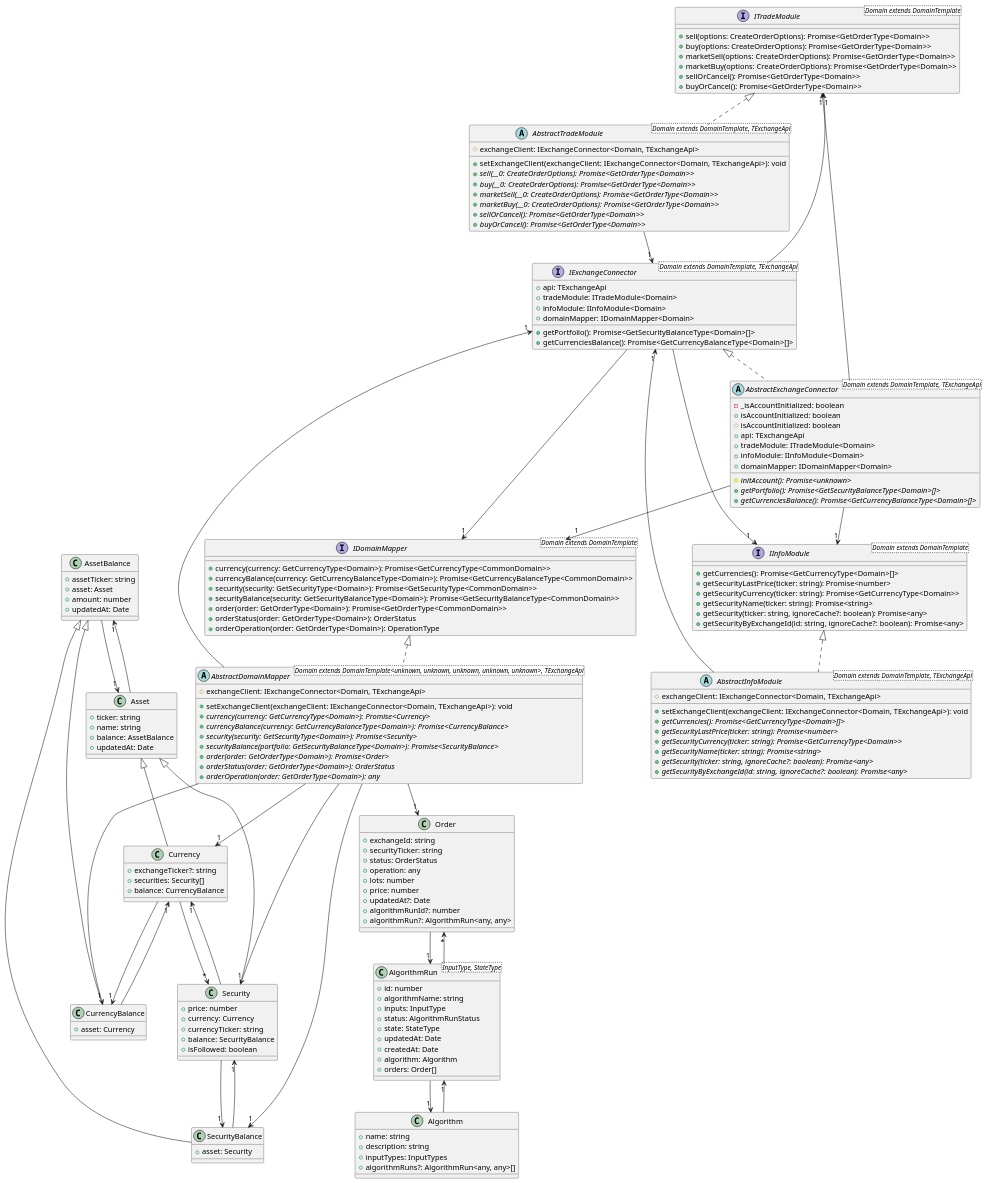
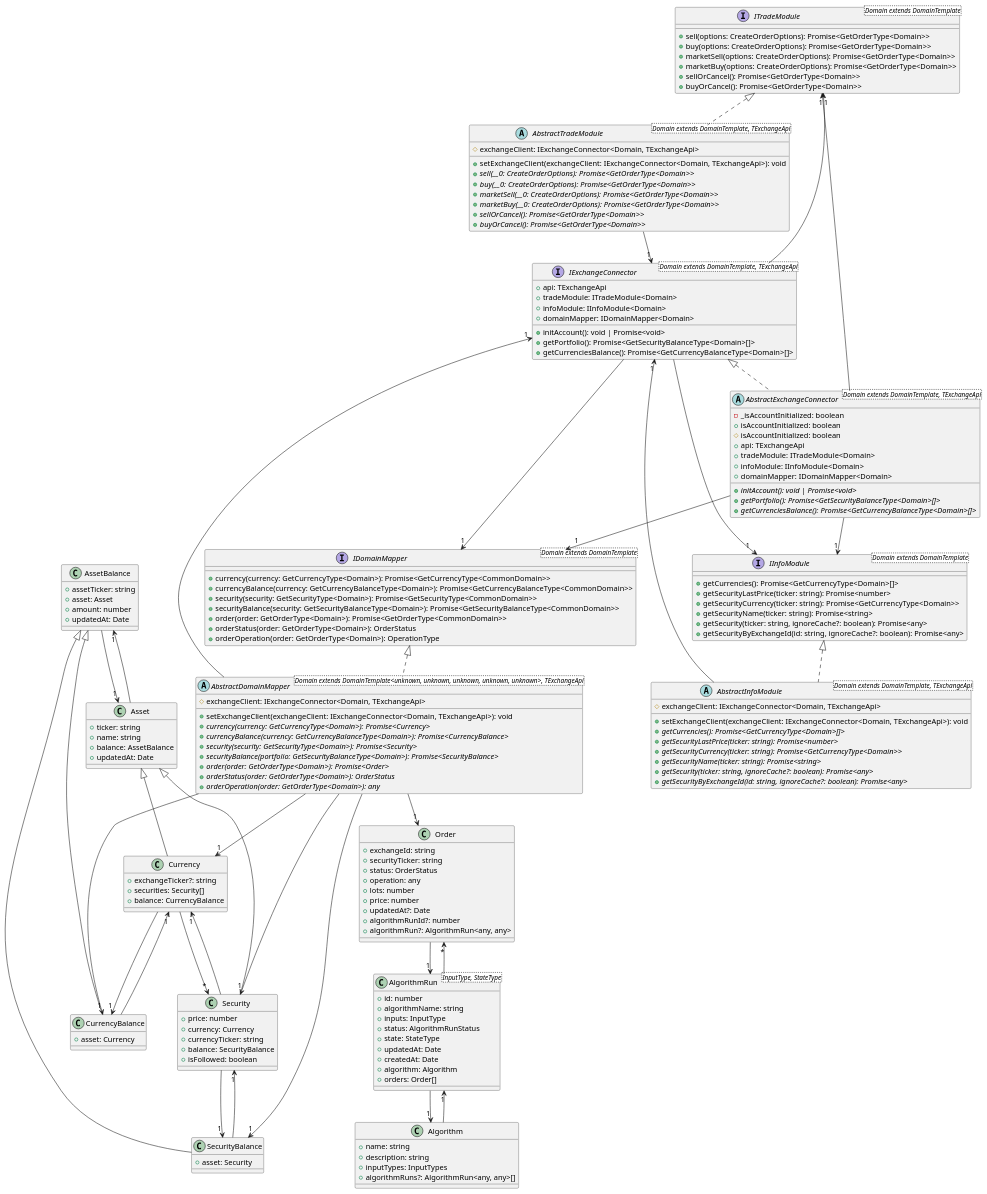
Before and after one commit to d0rich/tradeb0t: the diagram in .docs/public/diagrams/domain.puml, drawn with PlantUML. The commit also changed 22 other files, not shown here.

```diff
--- a/.docs/public/diagrams/domain.puml
+++ b/.docs/public/diagrams/domain.puml
@@ -1,162 +1,163 @@
 @startuml
 interface ITradeModule<Domain extends DomainTemplate> {
     +sell(options: CreateOrderOptions): Promise<GetOrderType<Domain>>
     +buy(options: CreateOrderOptions): Promise<GetOrderType<Domain>>
     +marketSell(options: CreateOrderOptions): Promise<GetOrderType<Domain>>
     +marketBuy(options: CreateOrderOptions): Promise<GetOrderType<Domain>>
     +sellOrCancel(): Promise<GetOrderType<Domain>>
     +buyOrCancel(): Promise<GetOrderType<Domain>>
 }
 interface IInfoModule<Domain extends DomainTemplate> {
     +getCurrencies(): Promise<GetCurrencyType<Domain>[]>
     +getSecurityLastPrice(ticker: string): Promise<number>
     +getSecurityCurrency(ticker: string): Promise<GetCurrencyType<Domain>>
     +getSecurityName(ticker: string): Promise<string>
     +getSecurity(ticker: string, ignoreCache?: boolean): Promise<any>
     +getSecurityByExchangeId(id: string, ignoreCache?: boolean): Promise<any>
 }
 interface IExchangeConnector<Domain extends DomainTemplate, TExchangeApi> {
     +api: TExchangeApi
     +tradeModule: ITradeModule<Domain>
     +infoModule: IInfoModule<Domain>
     +domainMapper: IDomainMapper<Domain>
+    +initAccount(): void | Promise<void>
     +getPortfolio(): Promise<GetSecurityBalanceType<Domain>[]>
     +getCurrenciesBalance(): Promise<GetCurrencyBalanceType<Domain>[]>
 }
 abstract class AbstractTradeModule<Domain extends DomainTemplate, TExchangeApi> implements ITradeModule {
     #exchangeClient: IExchangeConnector<Domain, TExchangeApi>
     +setExchangeClient(exchangeClient: IExchangeConnector<Domain, TExchangeApi>): void
     +{abstract} sell(__0: CreateOrderOptions): Promise<GetOrderType<Domain>>
     +{abstract} buy(__0: CreateOrderOptions): Promise<GetOrderType<Domain>>
     +{abstract} marketSell(__0: CreateOrderOptions): Promise<GetOrderType<Domain>>
     +{abstract} marketBuy(__0: CreateOrderOptions): Promise<GetOrderType<Domain>>
     +{abstract} sellOrCancel(): Promise<GetOrderType<Domain>>
     +{abstract} buyOrCancel(): Promise<GetOrderType<Domain>>
 }
 abstract class AbstractInfoModule<Domain extends DomainTemplate, TExchangeApi> implements IInfoModule {
     #exchangeClient: IExchangeConnector<Domain, TExchangeApi>
     +setExchangeClient(exchangeClient: IExchangeConnector<Domain, TExchangeApi>): void
     +{abstract} getCurrencies(): Promise<GetCurrencyType<Domain>[]>
     +{abstract} getSecurityLastPrice(ticker: string): Promise<number>
     +{abstract} getSecurityCurrency(ticker: string): Promise<GetCurrencyType<Domain>>
     +{abstract} getSecurityName(ticker: string): Promise<string>
     +{abstract} getSecurity(ticker: string, ignoreCache?: boolean): Promise<any>
     +{abstract} getSecurityByExchangeId(id: string, ignoreCache?: boolean): Promise<any>
 }
 abstract class AbstractExchangeConnector<Domain extends DomainTemplate, TExchangeApi> implements IExchangeConnector {
     -_isAccountInitialized: boolean
     +isAccountInitialized: boolean
     #isAccountInitialized: boolean
     +api: TExchangeApi
     +tradeModule: ITradeModule<Domain>
     +infoModule: IInfoModule<Domain>
     +domainMapper: IDomainMapper<Domain>
-    #{abstract} initAccount(): Promise<unknown>
+    +{abstract} initAccount(): void | Promise<void>
     +{abstract} getPortfolio(): Promise<GetSecurityBalanceType<Domain>[]>
     +{abstract} getCurrenciesBalance(): Promise<GetCurrencyBalanceType<Domain>[]>
 }
 class Algorithm {
     +name: string
     +description: string
     +inputTypes: InputTypes
     +algorithmRuns?: AlgorithmRun<any, any>[]
 }
 class Order {
     +exchangeId: string
     +securityTicker: string
     +status: OrderStatus
     +operation: any
     +lots: number
     +price: number
     +updatedAt?: Date
     +algorithmRunId?: number
     +algorithmRun?: AlgorithmRun<any, any>
 }
 class AlgorithmRun<InputType, StateType> {
     +id: number
     +algorithmName: string
     +inputs: InputType
     +status: AlgorithmRunStatus
     +state: StateType
     +updatedAt: Date
     +createdAt: Date
     +algorithm: Algorithm
     +orders: Order[]
 }
 class AssetBalance {
     +assetTicker: string
     +asset: Asset
     +amount: number
     +updatedAt: Date
 }
 class Asset {
     +ticker: string
     +name: string
     +balance: AssetBalance
     +updatedAt: Date
 }
 class SecurityBalance extends AssetBalance {
     +asset: Security
 }
 class Security extends Asset {
     +price: number
     +currency: Currency
     +currencyTicker: string
     +balance: SecurityBalance
     +isFollowed: boolean
 }
 class CurrencyBalance extends AssetBalance {
     +asset: Currency
 }
 class Currency extends Asset {
     +exchangeTicker?: string
     +securities: Security[]
     +balance: CurrencyBalance
 }
 abstract class AbstractDomainMapper<Domain extends DomainTemplate<unknown, unknown, unknown, unknown, unknown>, TExchangeApi> implements IDomainMapper {
     #exchangeClient: IExchangeConnector<Domain, TExchangeApi>
     +setExchangeClient(exchangeClient: IExchangeConnector<Domain, TExchangeApi>): void
     +{abstract} currency(currency: GetCurrencyType<Domain>): Promise<Currency>
     +{abstract} currencyBalance(currency: GetCurrencyBalanceType<Domain>): Promise<CurrencyBalance>
     +{abstract} security(security: GetSecurityType<Domain>): Promise<Security>
     +{abstract} securityBalance(portfolio: GetSecurityBalanceType<Domain>): Promise<SecurityBalance>
     +{abstract} order(order: GetOrderType<Domain>): Promise<Order>
     +{abstract} orderStatus(order: GetOrderType<Domain>): OrderStatus
     +{abstract} orderOperation(order: GetOrderType<Domain>): any
 }
 interface IDomainMapper<Domain extends DomainTemplate> {
     +currency(currency: GetCurrencyType<Domain>): Promise<GetCurrencyType<CommonDomain>>
     +currencyBalance(currency: GetCurrencyBalanceType<Domain>): Promise<GetCurrencyBalanceType<CommonDomain>>
     +security(security: GetSecurityType<Domain>): Promise<GetSecurityType<CommonDomain>>
     +securityBalance(security: GetSecurityBalanceType<Domain>): Promise<GetSecurityBalanceType<CommonDomain>>
     +order(order: GetOrderType<Domain>): Promise<GetOrderType<CommonDomain>>
     +orderStatus(order: GetOrderType<Domain>): OrderStatus
     +orderOperation(order: GetOrderType<Domain>): OperationType
 }
 IExchangeConnector --> "1" ITradeModule
 IExchangeConnector --> "1" IInfoModule
 IExchangeConnector --> "1" IDomainMapper
 AbstractTradeModule --> "1" IExchangeConnector
 AbstractInfoModule --> "1" IExchangeConnector
 AbstractExchangeConnector --> "1" ITradeModule
 AbstractExchangeConnector --> "1" IInfoModule
 AbstractExchangeConnector --> "1" IDomainMapper
 Algorithm --> "1" AlgorithmRun
 Order --> "1" AlgorithmRun
 AlgorithmRun --> "1" Algorithm
 AlgorithmRun --> "*" Order
 AssetBalance --> "1" Asset
 Asset --> "1" AssetBalance
 SecurityBalance --> "1" Security
 Security --> "1" Currency
 Security --> "1" SecurityBalance
 CurrencyBalance --> "1" Currency
 Currency --> "*" Security
 Currency --> "1" CurrencyBalance
 AbstractDomainMapper --> "1" IExchangeConnector
 AbstractDomainMapper --> "1" Currency
 AbstractDomainMapper --> "1" CurrencyBalance
 AbstractDomainMapper --> "1" Security
 AbstractDomainMapper --> "1" SecurityBalance
 AbstractDomainMapper --> "1" Order
 @enduml
```
